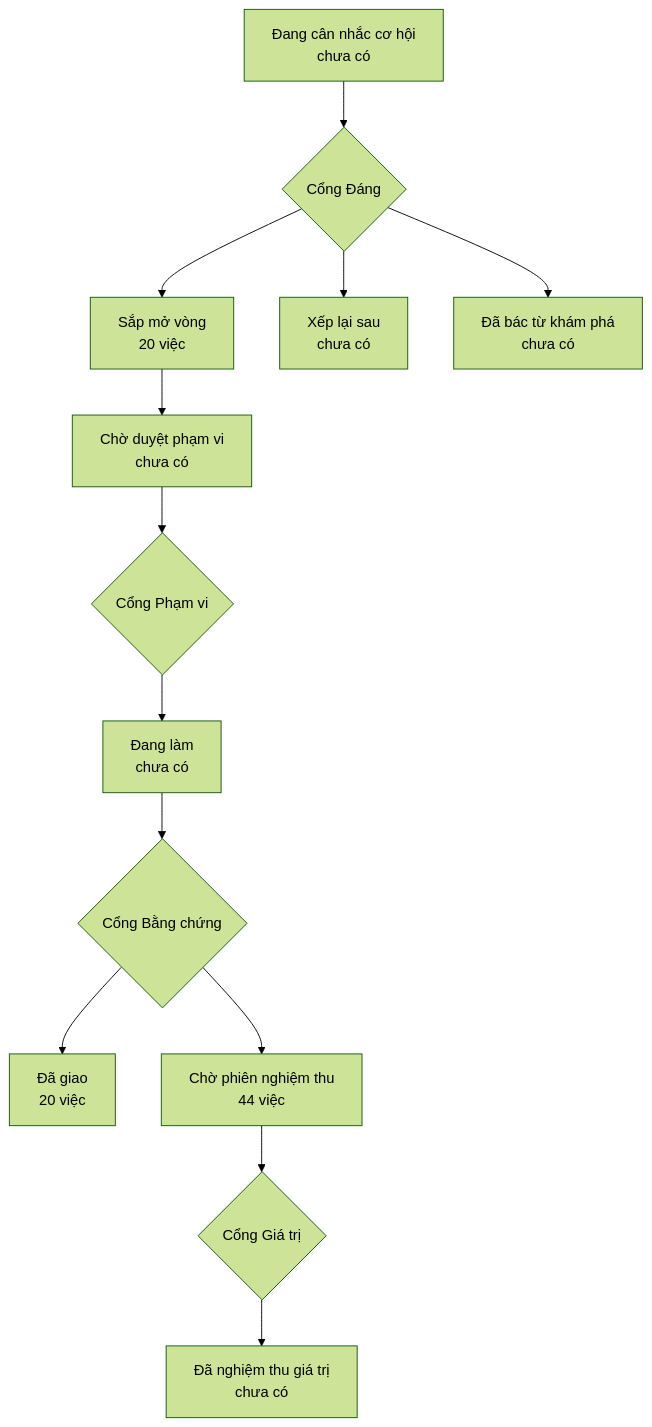
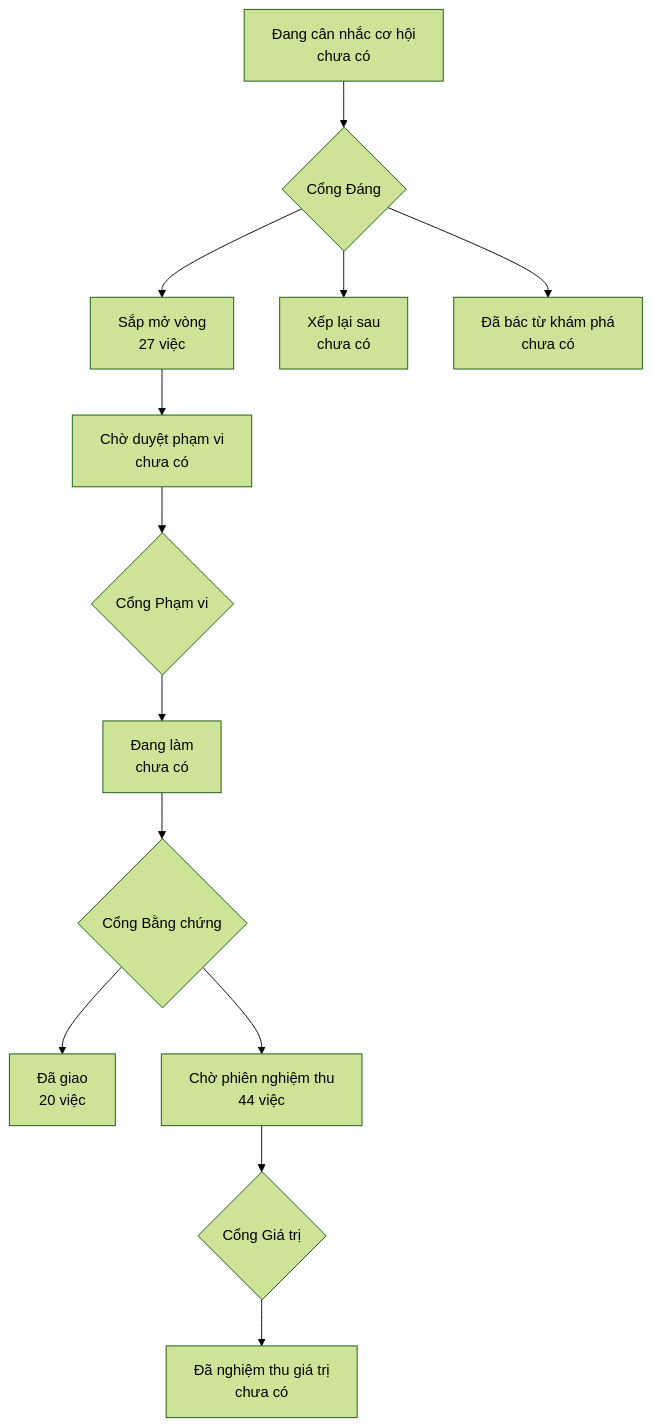
The diagram in PRODUCT-MAP.md (phanlemanh/onehub-quy-hang), drawn with Mermaid (forest theme) before and after one commit. The commit also changed other lines of this file and 2 other files, not shown here.

````diff
--- a/PRODUCT-MAP.md
+++ b/PRODUCT-MAP.md
@@ -7,12 +7,12 @@
 ```mermaid
 flowchart TD
   A["Đang cân nhắc cơ hội<br/>chưa có"] --> GD{"Cổng Đáng"}
-  GD --> B["Sắp mở vòng<br/>20 việc"]
+  GD --> B["Sắp mở vòng<br/>27 việc"]
   GD --> XL["Xếp lại sau<br/>chưa có"]
   GD --> DB["Đã bác từ khám phá<br/>chưa có"]
   B --> CD["Chờ duyệt phạm vi<br/>chưa có"] --> GP{"Cổng Phạm vi"}
   GP --> DL["Đang làm<br/>chưa có"] --> GB{"Cổng Bằng chứng"}
   GB --> DG["Đã giao<br/>20 việc"]
   GB --> CN["Chờ phiên nghiệm thu<br/>44 việc"] --> GG{"Cổng Giá trị"}
   GG --> NT["Đã nghiệm thu giá trị<br/>chưa có"]
 ```
````
